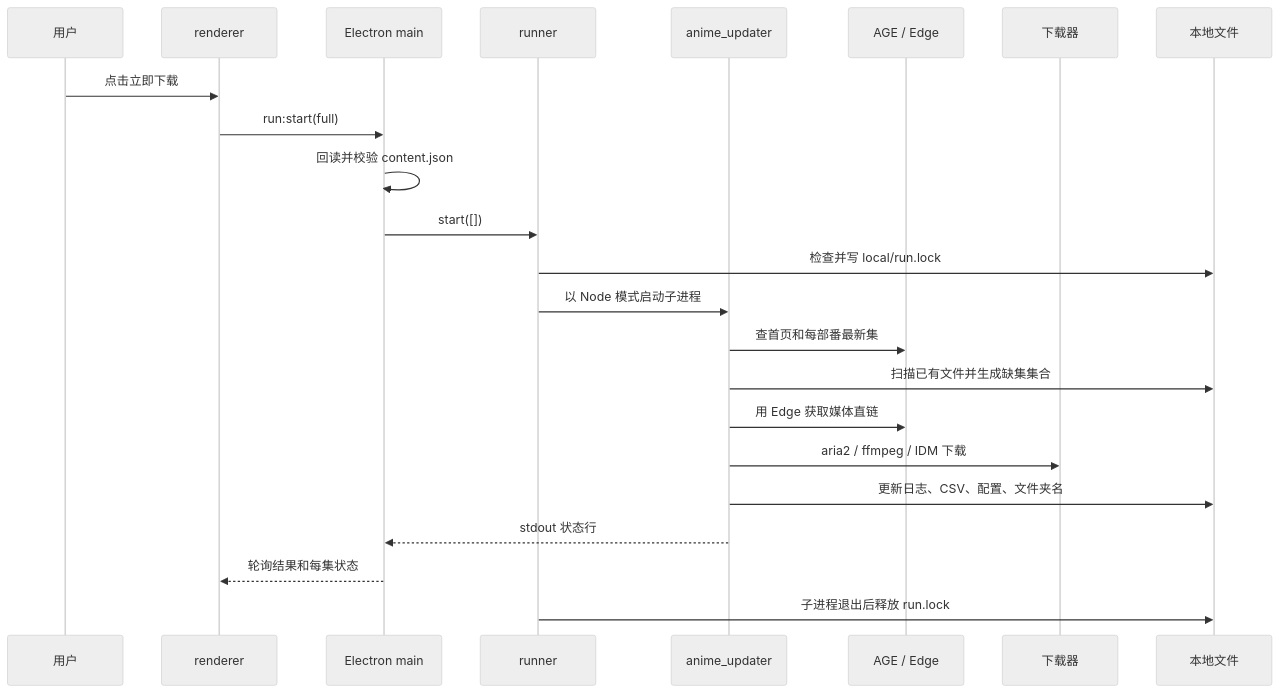
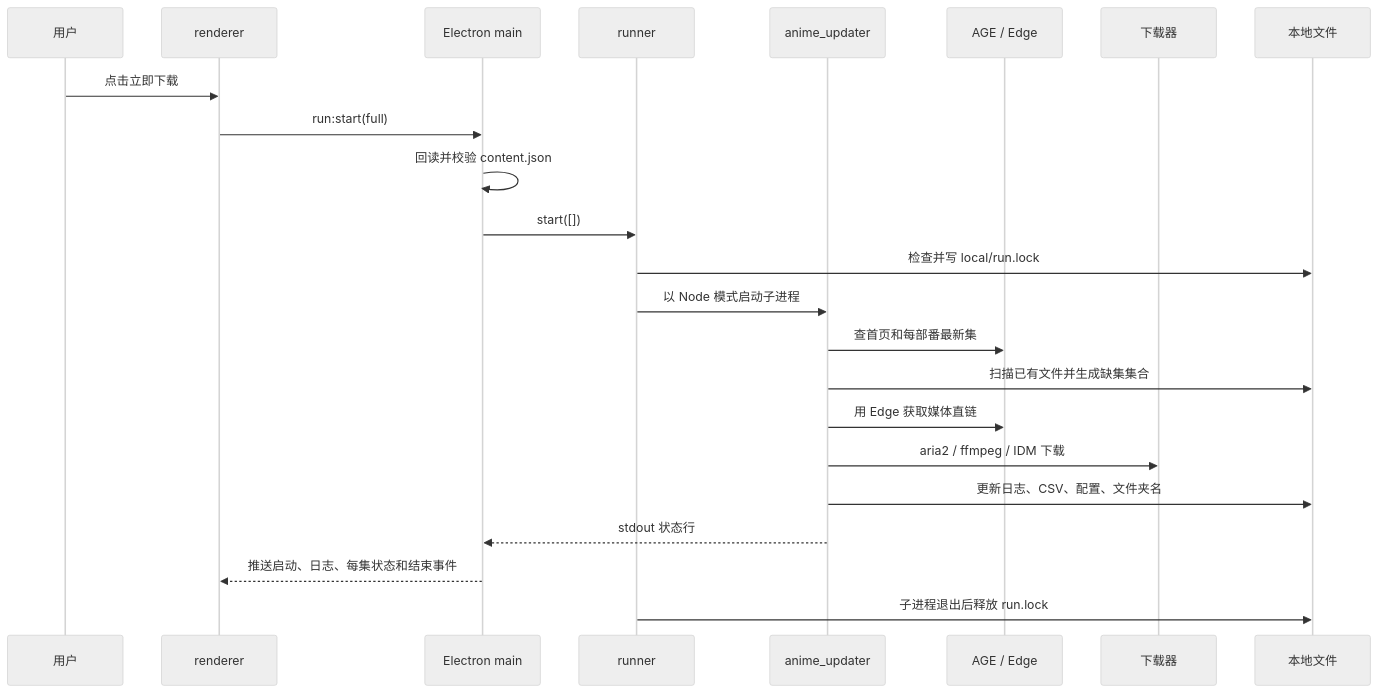
One commit to heathfris/AniVault changed the third of 3 diagrams in docs/personal/AniVault_项目框架全景指南.md. Above: the diagram before and after it, drawn with Mermaid (neutral theme). The commit also changed other lines of this file and 12 other files, not shown here.

````diff
--- a/docs/personal/AniVault_项目框架全景指南.md
+++ b/docs/personal/AniVault_项目框架全景指南.md
@@ -365,26 +368,26 @@
 ```mermaid
 sequenceDiagram
     participant U as 用户
     participant R as renderer
     participant M as Electron main
     participant RN as runner
     participant A as anime_updater
     participant WEB as AGE / Edge
     participant D as 下载器
     participant FS as 本地文件
 
     U->>R: 点击立即下载
     R->>M: run:start(full)
     M->>M: 回读并校验 content.json
     M->>RN: start([])
     RN->>FS: 检查并写 local/run.lock
     RN->>A: 以 Node 模式启动子进程
     A->>WEB: 查首页和每部番最新集
     A->>FS: 扫描已有文件并生成缺集集合
     A->>WEB: 用 Edge 获取媒体直链
     A->>D: aria2 / ffmpeg / IDM 下载
     A->>FS: 更新日志、CSV、配置、文件夹名
     A-->>M: stdout 状态行
-    M-->>R: 轮询结果和每集状态
+    M-->>R: 推送启动、日志、每集状态和结束事件
     RN->>FS: 子进程退出后释放 run.lock
 ```
````
